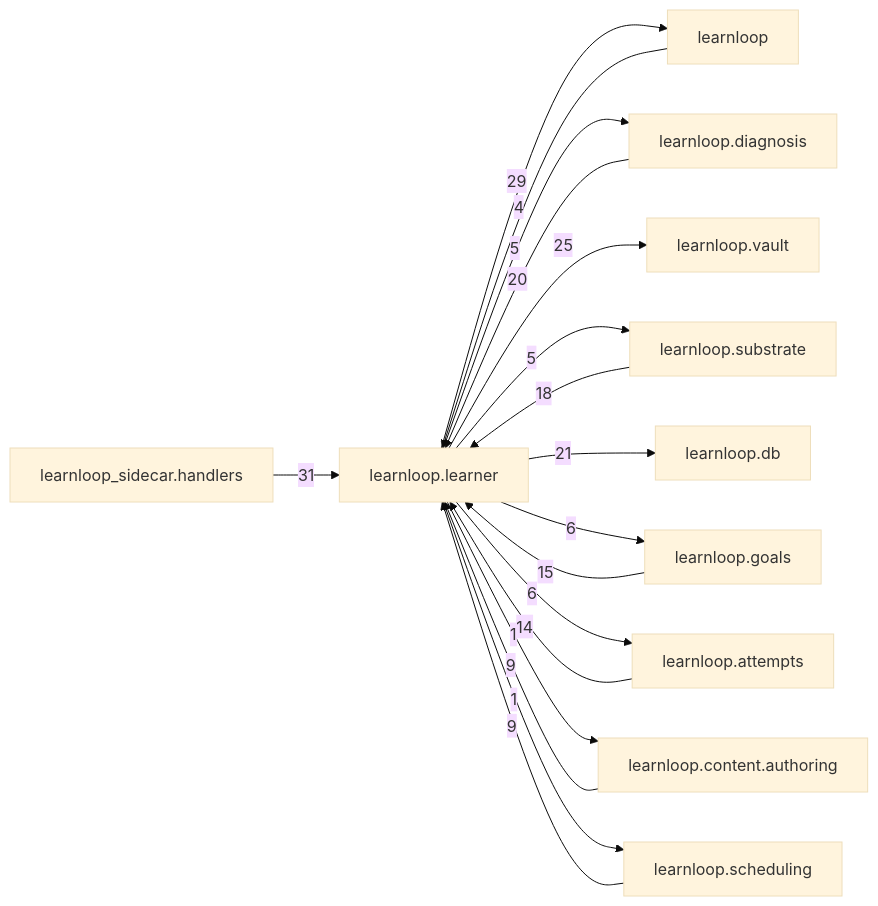
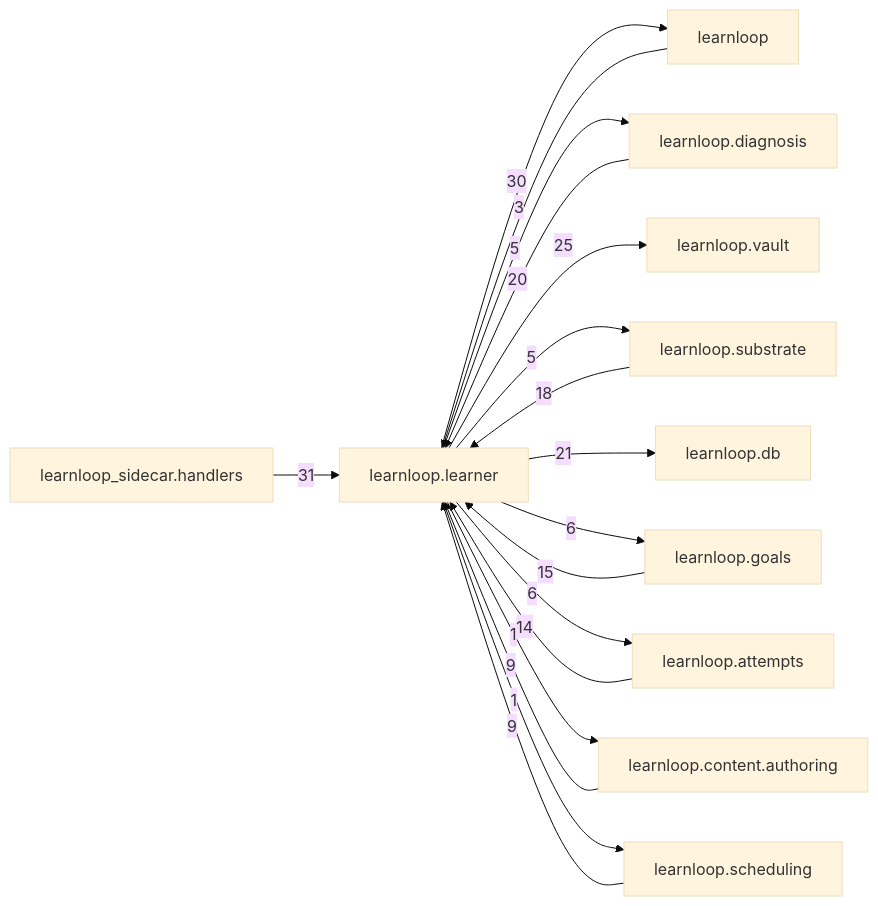
One commit to 6up-b/learnanything changed the diagram in docs/learnloop-architecture-vault/Reference/Modules/learnloop/learner/_package.md. Above: the diagram before and after it, drawn with Mermaid (base theme). The commit also changed other lines of this file and 174 other files, not shown here.

````diff
--- a/docs/learnloop-architecture-vault/Reference/Modules/learnloop/learner/_package.md
+++ b/docs/learnloop-architecture-vault/Reference/Modules/learnloop/learner/_package.md
@@ -157,31 +156,31 @@
 ```mermaid
 flowchart LR
     center["learnloop.learner"]
     n_learnloop["learnloop"]
     n_learnloop_sidecar_handlers["learnloop_sidecar.handlers"]
     n_learnloop_diagnosis["learnloop.diagnosis"]
     n_learnloop_vault["learnloop.vault"]
     n_learnloop_substrate["learnloop.substrate"]
     n_learnloop_db["learnloop.db"]
     n_learnloop_goals["learnloop.goals"]
     n_learnloop_attempts["learnloop.attempts"]
     n_learnloop_content_authoring["learnloop.content.authoring"]
     n_learnloop_scheduling["learnloop.scheduling"]
-    n_learnloop -->|4| center
-    center -->|29| n_learnloop
+    n_learnloop -->|3| center
+    center -->|30| n_learnloop
     n_learnloop_sidecar_handlers -->|31| center
     n_learnloop_diagnosis -->|20| center
     center -->|5| n_learnloop_diagnosis
     center -->|25| n_learnloop_vault
     n_learnloop_substrate -->|18| center
     center -->|5| n_learnloop_substrate
     center -->|21| n_learnloop_db
     n_learnloop_goals -->|15| center
     center -->|6| n_learnloop_goals
     n_learnloop_attempts -->|14| center
     center -->|6| n_learnloop_attempts
     n_learnloop_content_authoring -->|9| center
     center -->|1| n_learnloop_content_authoring
     n_learnloop_scheduling -->|9| center
     center -->|1| n_learnloop_scheduling
 ```
````
